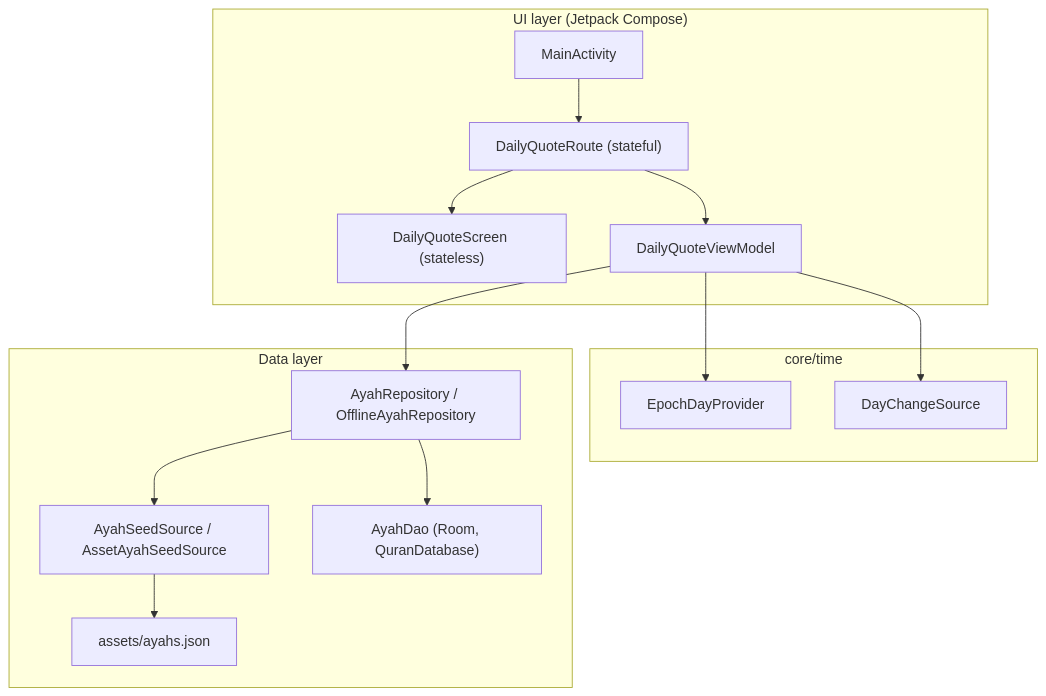
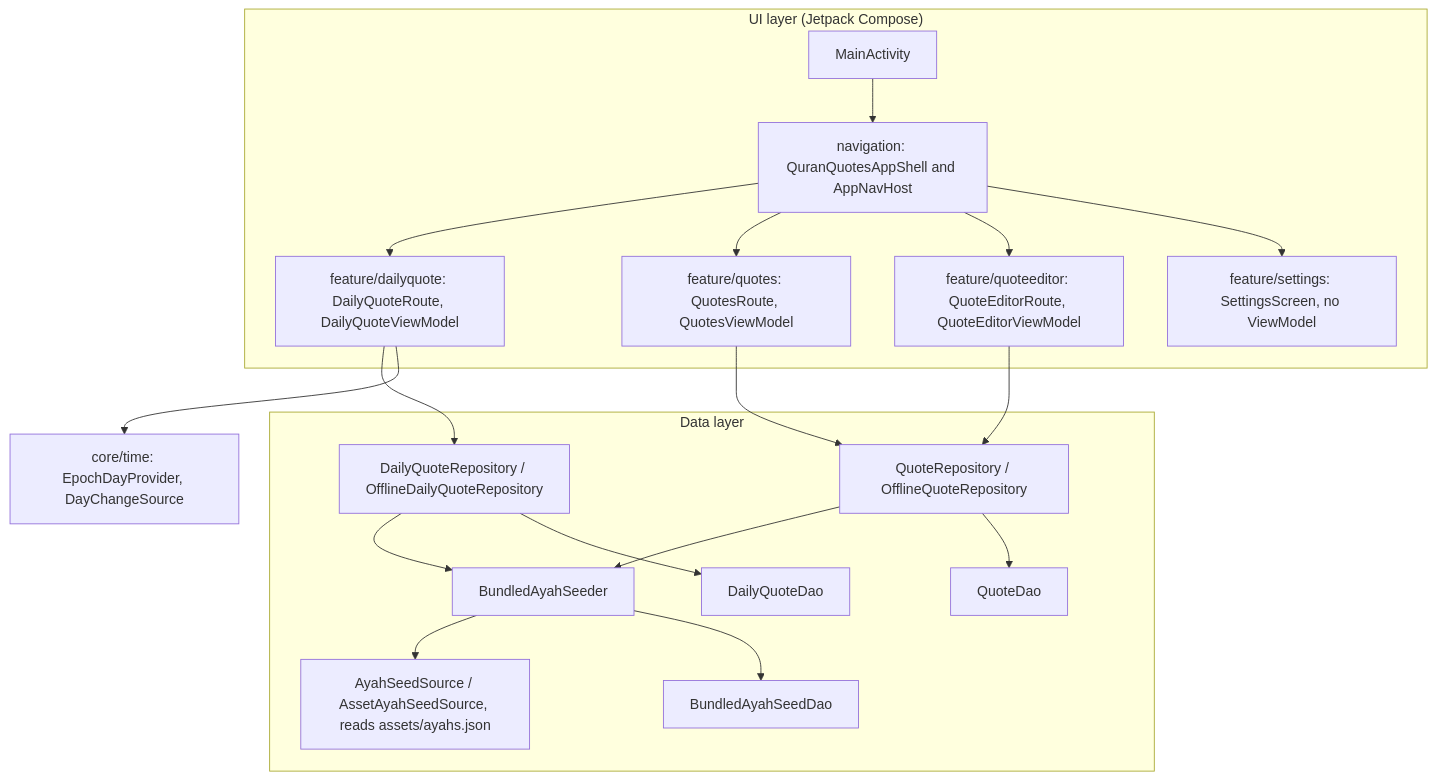
Before and after one commit to shibbirweb/al-quran-quotes-android: the first of 3 diagrams in docs/Developer-Architecture.md, drawn with Mermaid. The commit also changed other lines of this file and 206 other files, not shown here.

First line of the commit message:
feat: add bottom navigation, quote CRUD with editable bundled ayahs, and a Room schema history check

````diff
--- a/docs/Developer-Architecture.md
+++ b/docs/Developer-Architecture.md
@@ -11,28 +13,36 @@
 ```mermaid
 flowchart TD
     subgraph UI["UI layer (Jetpack Compose)"]
         Activity["MainActivity"]
-        Route["DailyQuoteRoute (stateful)"]
-        Screen["DailyQuoteScreen (stateless)"]
-        ViewModel["DailyQuoteViewModel"]
+        Shell["navigation: QuranQuotesAppShell and AppNavHost"]
+        Home["feature/dailyquote: DailyQuoteRoute, DailyQuoteViewModel"]
+        Quotes["feature/quotes: QuotesRoute, QuotesViewModel"]
+        Editor["feature/quoteeditor: QuoteEditorRoute, QuoteEditorViewModel"]
+        Settings["feature/settings: SettingsScreen, no ViewModel"]
     end
-    subgraph Core["core/time"]
-        DayProvider["EpochDayProvider"]
-        DayChanges["DayChangeSource"]
+    Time["core/time: EpochDayProvider, DayChangeSource"]
+    subgraph Data["Data layer"]
+        DailyRepository["DailyQuoteRepository / OfflineDailyQuoteRepository"]
+        QuoteRepository["QuoteRepository / OfflineQuoteRepository"]
+        Seeder["BundledAyahSeeder"]
+        SeedSource["AyahSeedSource / AssetAyahSeedSource, reads assets/ayahs.json"]
+        DailyDao["DailyQuoteDao"]
+        QuoteDao["QuoteDao"]
+        SeedDao["BundledAyahSeedDao"]
     end
-    subgraph Data["Data layer"]
-        Repository["AyahRepository / OfflineAyahRepository"]
-        SeedSource["AyahSeedSource / AssetAyahSeedSource"]
-        Dao["AyahDao (Room, QuranDatabase)"]
-        Asset["assets/ayahs.json"]
-    end
-    Activity --> Route
-    Route --> Screen
-    Route --> ViewModel
-    ViewModel --> Repository
-    ViewModel --> DayProvider
-    ViewModel --> DayChanges
-    Repository --> SeedSource
-    Repository --> Dao
-    SeedSource --> Asset
+    Activity --> Shell
+    Shell --> Home
+    Shell --> Quotes
+    Shell --> Editor
+    Shell --> Settings
+    Home --> DailyRepository
+    Home --> Time
+    Quotes --> QuoteRepository
+    Editor --> QuoteRepository
+    DailyRepository --> Seeder
+    DailyRepository --> DailyDao
+    QuoteRepository --> Seeder
+    QuoteRepository --> QuoteDao
+    Seeder --> SeedSource
+    Seeder --> SeedDao
 ```
````
